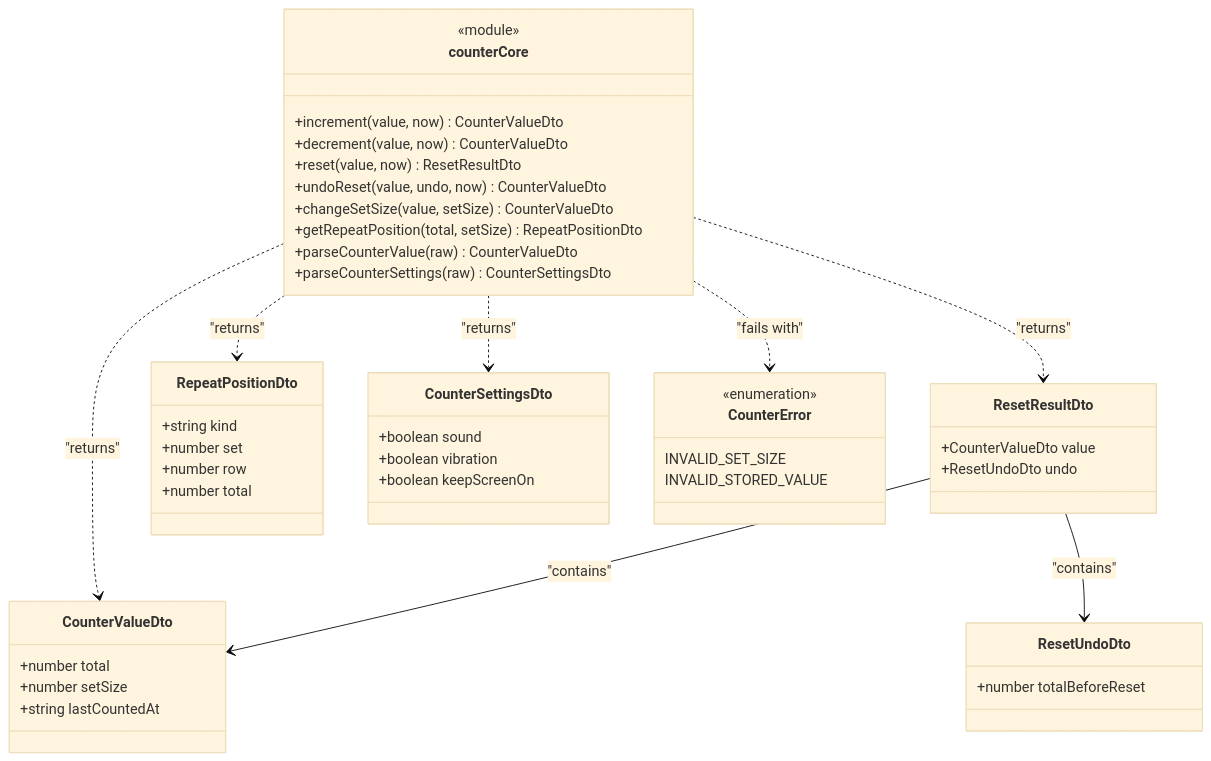
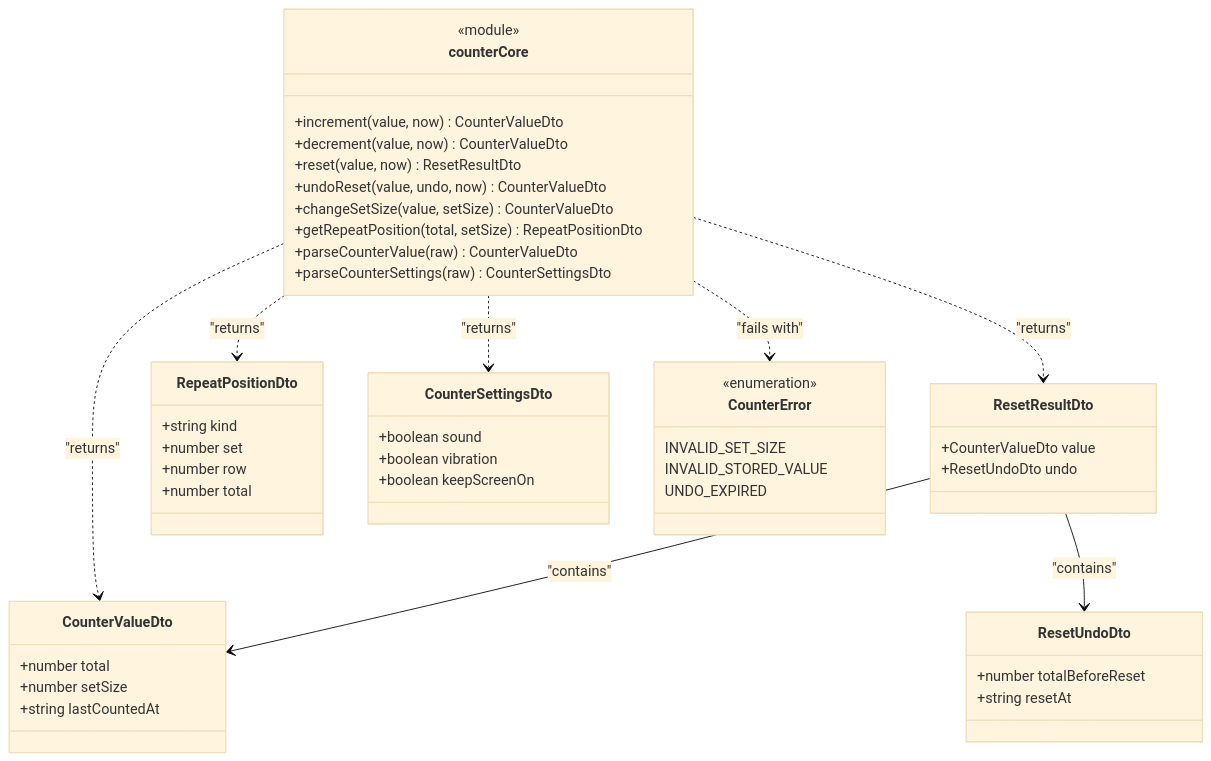
Before and after one commit to god3v/hamtteukka: the second of 2 diagrams in docs/specs/003-row-counter/design/domain.md, drawn with Mermaid (base theme). The commit also changed other lines of this file and 2 other files, not shown here.

````diff
--- a/docs/specs/003-row-counter/design/domain.md
+++ b/docs/specs/003-row-counter/design/domain.md
@@ -83,49 +84,51 @@
 ```mermaid
 classDiagram
   class counterCore {
     <<module>>
     +increment(value, now) CounterValueDto
     +decrement(value, now) CounterValueDto
     +reset(value, now) ResetResultDto
     +undoReset(value, undo, now) CounterValueDto
     +changeSetSize(value, setSize) CounterValueDto
     +getRepeatPosition(total, setSize) RepeatPositionDto
     +parseCounterValue(raw) CounterValueDto
     +parseCounterSettings(raw) CounterSettingsDto
   }
   class CounterValueDto {
     +number total
     +number setSize
     +string lastCountedAt
   }
   class ResetResultDto {
     +CounterValueDto value
     +ResetUndoDto undo
   }
   class ResetUndoDto {
     +number totalBeforeReset
+    +string resetAt
   }
   class RepeatPositionDto {
     +string kind
     +number set
     +number row
     +number total
   }
   class CounterSettingsDto {
     +boolean sound
     +boolean vibration
     +boolean keepScreenOn
   }
   class CounterError {
     <<enumeration>>
     INVALID_SET_SIZE
     INVALID_STORED_VALUE
+    UNDO_EXPIRED
   }
   counterCore ..> CounterValueDto : "returns"
   counterCore ..> ResetResultDto : "returns"
   counterCore ..> RepeatPositionDto : "returns"
   counterCore ..> CounterSettingsDto : "returns"
   counterCore ..> CounterError : "fails with"
   ResetResultDto --> CounterValueDto : "contains"
   ResetResultDto --> ResetUndoDto : "contains"
 ```
````
